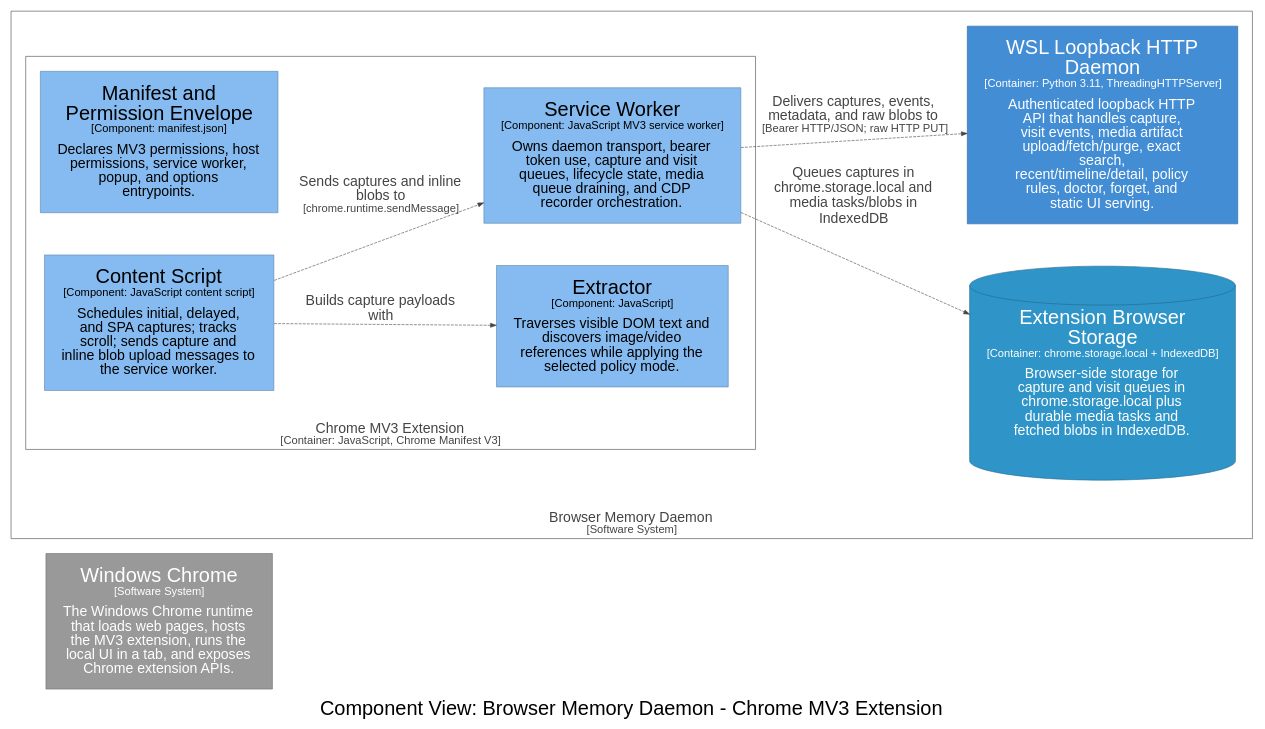
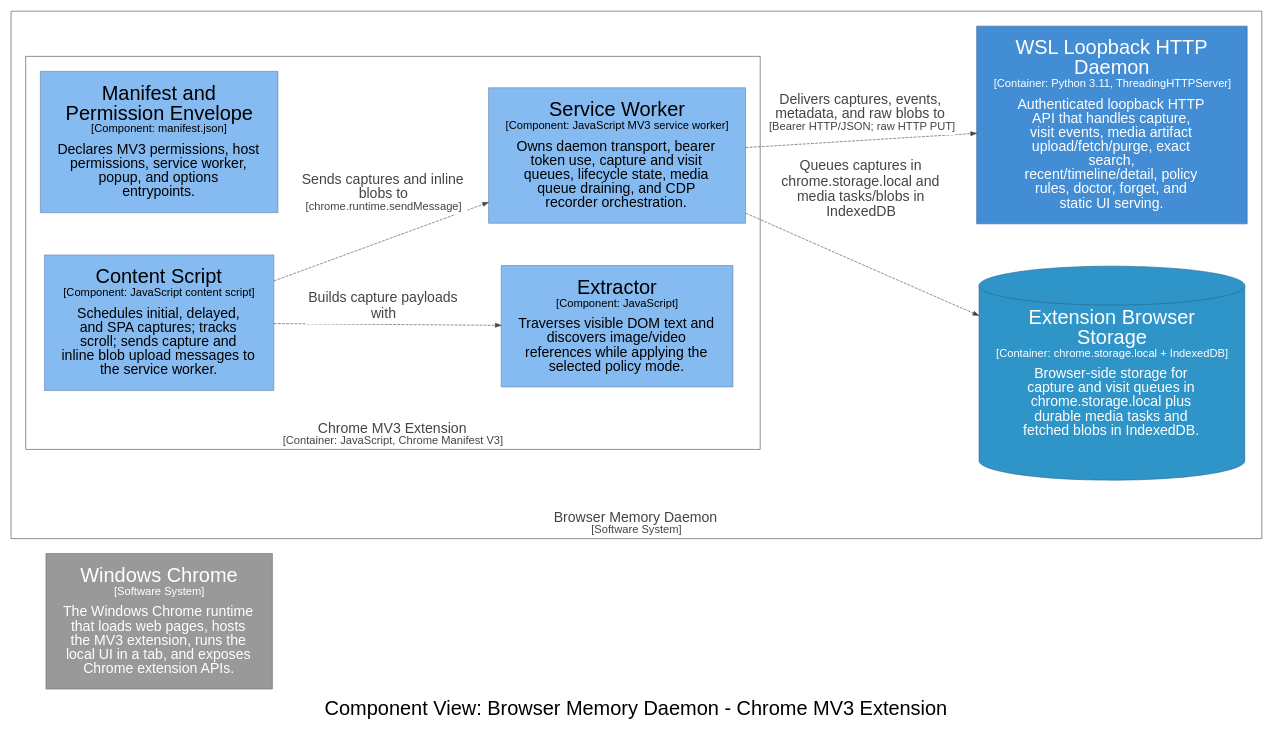
Before and after one commit to michaelnicks0/browser-memory-daemon: the diagram in architecture/diagrams/dot/structurizr-ExtensionCaptureComponents.dot, drawn with Graphviz. The commit also changed 83 other files, not shown here.

Commit message:
docs: clean C4 diagram renders

```diff
--- a/architecture/diagrams/dot/structurizr-ExtensionCaptureComponents.dot
+++ b/architecture/diagrams/dot/structurizr-ExtensionCaptureComponents.dot
@@ -1,41 +1,41 @@
 digraph {
   compound=true
   graph [fontname="Arial", rankdir=LR, ranksep=1.0, nodesep=1.0]
   node [fontname="Arial", shape=box, margin="0.4,0.3"]
   edge [fontname="Arial"]
   label=<<br /><font point-size="34">Component View: Browser Memory Daemon - Chrome MV3 Extension</font>>
 
   2 [id=2,shape=rect, label=<<font point-size="34">Windows Chrome</font><br /><font point-size="19">[Software System]</font><br /><br /><font point-size="24">The Windows Chrome runtime<br />that loads web pages, hosts<br />the MV3 extension, runs the<br />local UI in a tab, and exposes<br />Chrome extension APIs.</font>>, style=filled, color="#6b6b6b", fillcolor="#999999", fontcolor="#ffffff"]
 
   subgraph cluster_4 {
     margin=25
     label=<<font point-size="24"><br />Browser Memory Daemon</font><br /><font point-size="19">[Software System]</font>>
     labelloc=b
     color="#444444"
     fontcolor="#444444"
     fillcolor="#444444"
 
     subgraph cluster_5 {
       margin=25
       label=<<font point-size="24"><br />Chrome MV3 Extension</font><br /><font point-size="19">[Container: JavaScript, Chrome Manifest V3]</font>>
       labelloc=b
       color="#444444"
       fontcolor="#444444"
       fillcolor="#444444"
 
       6 [id=6,shape=rect, label=<<font point-size="34">Manifest and<br />Permission Envelope</font><br /><font point-size="19">[Component: manifest.json]</font><br /><br /><font point-size="24">Declares MV3 permissions, host<br />permissions, service worker,<br />popup, and options<br />entrypoints.</font>>, style=filled, color="#5d82a8", fillcolor="#85bbf0", fontcolor="#000000"]
       7 [id=7,shape=rect, label=<<font point-size="34">Extractor</font><br /><font point-size="19">[Component: JavaScript]</font><br /><br /><font point-size="24">Traverses visible DOM text and<br />discovers image/video<br />references while applying the<br />selected policy mode.</font>>, style=filled, color="#5d82a8", fillcolor="#85bbf0", fontcolor="#000000"]
       8 [id=8,shape=rect, label=<<font point-size="34">Content Script</font><br /><font point-size="19">[Component: JavaScript content script]</font><br /><br /><font point-size="24">Schedules initial, delayed,<br />and SPA captures; tracks<br />scroll; sends capture and<br />inline blob upload messages to<br />the service worker.</font>>, style=filled, color="#5d82a8", fillcolor="#85bbf0", fontcolor="#000000"]
       9 [id=9,shape=rect, label=<<font point-size="34">Service Worker</font><br /><font point-size="19">[Component: JavaScript MV3 service worker]</font><br /><br /><font point-size="24">Owns daemon transport, bearer<br />token use, capture and visit<br />queues, lifecycle state, media<br />queue draining, and CDP<br />recorder orchestration.</font>>, style=filled, color="#5d82a8", fillcolor="#85bbf0", fontcolor="#000000"]
     }
 
     13 [id=13,shape=cylinder, label=<<font point-size="34">Extension Browser<br />Storage</font><br /><font point-size="19">[Container: chrome.storage.local + IndexedDB]</font><br /><br /><font point-size="24">Browser-side storage for<br />capture and visit queues in<br />chrome.storage.local plus<br />durable media tasks and<br />fetched blobs in IndexedDB.</font>>, style=filled, color="#20688c", fillcolor="#2f95c8", fontcolor="#ffffff"]
     14 [id=14,shape=rect, label=<<font point-size="34">WSL Loopback HTTP<br />Daemon</font><br /><font point-size="19">[Container: Python 3.11, ThreadingHTTPServer]</font><br /><br /><font point-size="24">Authenticated loopback HTTP<br />API that handles capture,<br />visit events, media artifact<br />upload/fetch/purge, exact<br />search,<br />recent/timeline/detail, policy<br />rules, doctor, forget, and<br />static UI serving.</font>>, style=filled, color="#2e6295", fillcolor="#438dd5", fontcolor="#ffffff"]
   }
 
-  8 -> 7 [id=49, label=<<font point-size="24">Builds capture payloads<br />with</font>>, style="dashed", color="#444444", fontcolor="#444444"]
-  8 -> 9 [id=50, label=<<font point-size="24">Sends captures and inline<br />blobs to</font><br /><font point-size="19">[chrome.runtime.sendMessage]</font>>, style="dashed", color="#444444", fontcolor="#444444"]
-  9 -> 13 [id=51, label=<<font point-size="24">Queues captures in<br />chrome.storage.local and<br />media tasks/blobs in<br />IndexedDB</font>>, style="dashed", color="#444444", fontcolor="#444444"]
-  9 -> 14 [id=52, label=<<font point-size="24">Delivers captures, events,<br />metadata, and raw blobs to</font><br /><font point-size="19">[Bearer HTTP/JSON; raw HTTP PUT]</font>>, style="dashed", color="#444444", fontcolor="#444444"]
+  8 -> 7 [id=49, label=<<TABLE BORDER="0" CELLBORDER="0" CELLSPACING="0" CELLPADDING="4" BGCOLOR="white"><TR><TD><font point-size="24">Builds capture payloads<br />with</font></TD></TR></TABLE>>, style="dashed", color="#444444", fontcolor="#444444"]
+  8 -> 9 [id=50, label=<<TABLE BORDER="0" CELLBORDER="0" CELLSPACING="0" CELLPADDING="4" BGCOLOR="white"><TR><TD><font point-size="24">Sends captures and inline<br />blobs to</font><br /><font point-size="19">[chrome.runtime.sendMessage]</font></TD></TR></TABLE>>, style="dashed", color="#444444", fontcolor="#444444"]
+  9 -> 13 [id=51, label=<<TABLE BORDER="0" CELLBORDER="0" CELLSPACING="0" CELLPADDING="4" BGCOLOR="white"><TR><TD><font point-size="24">Queues captures in<br />chrome.storage.local and<br />media tasks/blobs in<br />IndexedDB</font></TD></TR></TABLE>>, style="dashed", color="#444444", fontcolor="#444444"]
+  9 -> 14 [id=52, label=<<TABLE BORDER="0" CELLBORDER="0" CELLSPACING="0" CELLPADDING="4" BGCOLOR="white"><TR><TD><font point-size="24">Delivers captures, events,<br />metadata, and raw blobs to</font><br /><font point-size="19">[Bearer HTTP/JSON; raw HTTP PUT]</font></TD></TR></TABLE>>, style="dashed", color="#444444", fontcolor="#444444"]
 
 }
```
